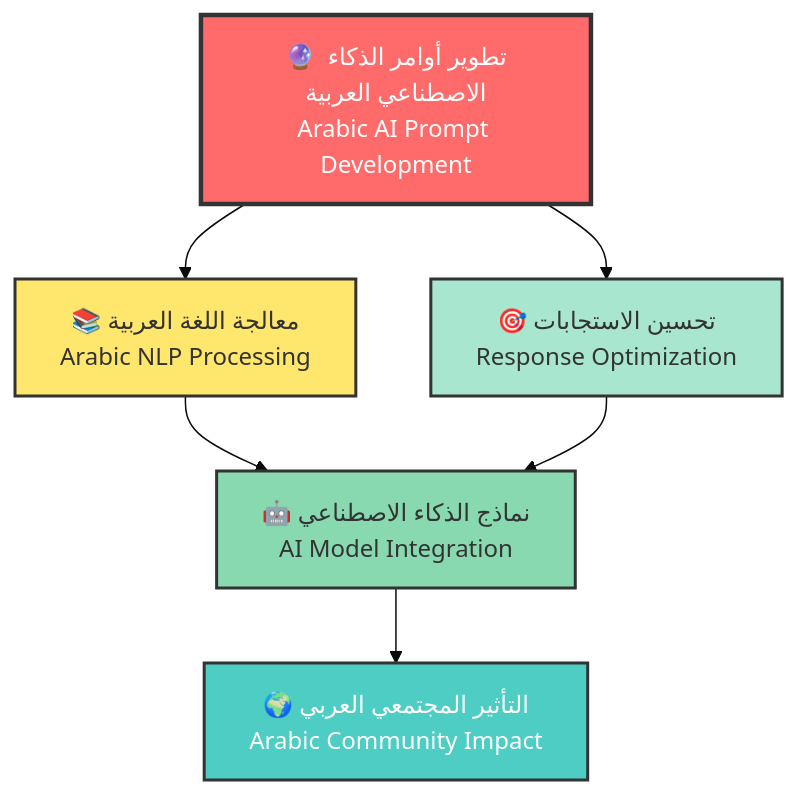
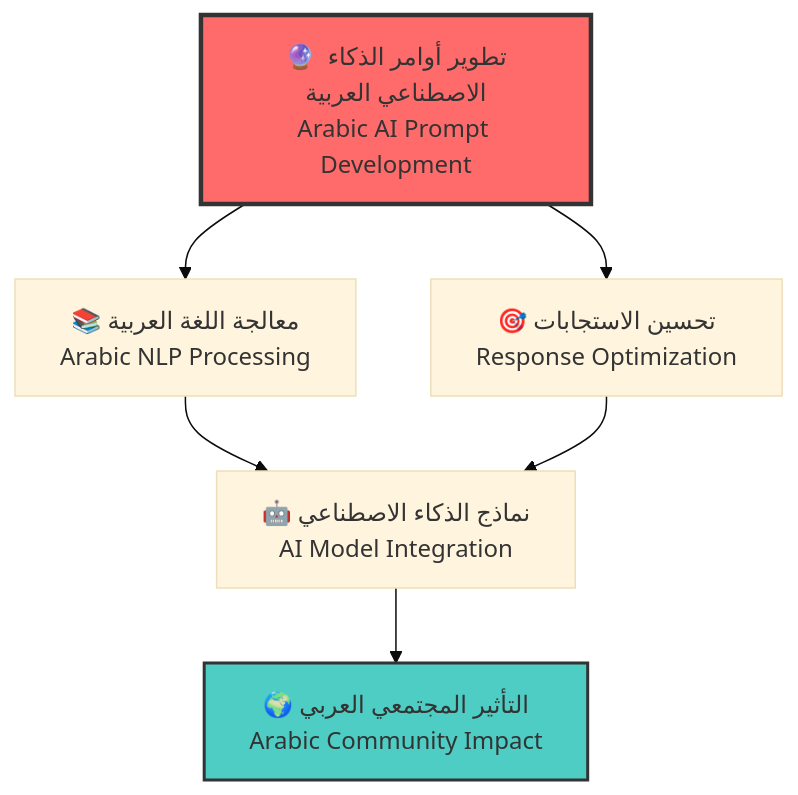
The first of 2 diagrams in README.md (MarwanDevSpace/Marwan.dev), drawn with Mermaid (base theme) before and after one commit. The commit also changed other lines of this file, not shown here.

`````diff
--- a/README.md
+++ b/README.md
@@ -385,14 +144,11 @@
 ```mermaid
 graph TD
     A[🔮 تطوير أوامر الذكاء الاصطناعي العربية<br/>Arabic AI Prompt Development] --> B[📚 معالجة اللغة العربية<br/>Arabic NLP Processing]
     A --> C[🎯 تحسين الاستجابات<br/>Response Optimization]
     B --> D[🤖 نماذج الذكاء الاصطناعي<br/>AI Model Integration]
     C --> D
     D --> E[🌍 التأثير المجتمعي العربي<br/>Arabic Community Impact]
     
-    style A fill:#FF6B6B,stroke:#333,stroke-width:3px,color:#fff
-    style E fill:#4ECDC4,stroke:#333,stroke-width:2px,color:#fff
-    style B fill:#FFE66D,stroke:#333,stroke-width:2px,color:#333
-    style C fill:#A8E6CF,stroke:#333,stroke-width:2px,color:#333
-    style D fill:#88D8B0,stroke:#333,stroke-width:2px,color:#333
-```
+    style A fill:#FF6B6B,stroke:#333,stroke-width:3px
+    style E fill:#4ECDC4,stroke:#333,stroke-width:2px
+````
`````
